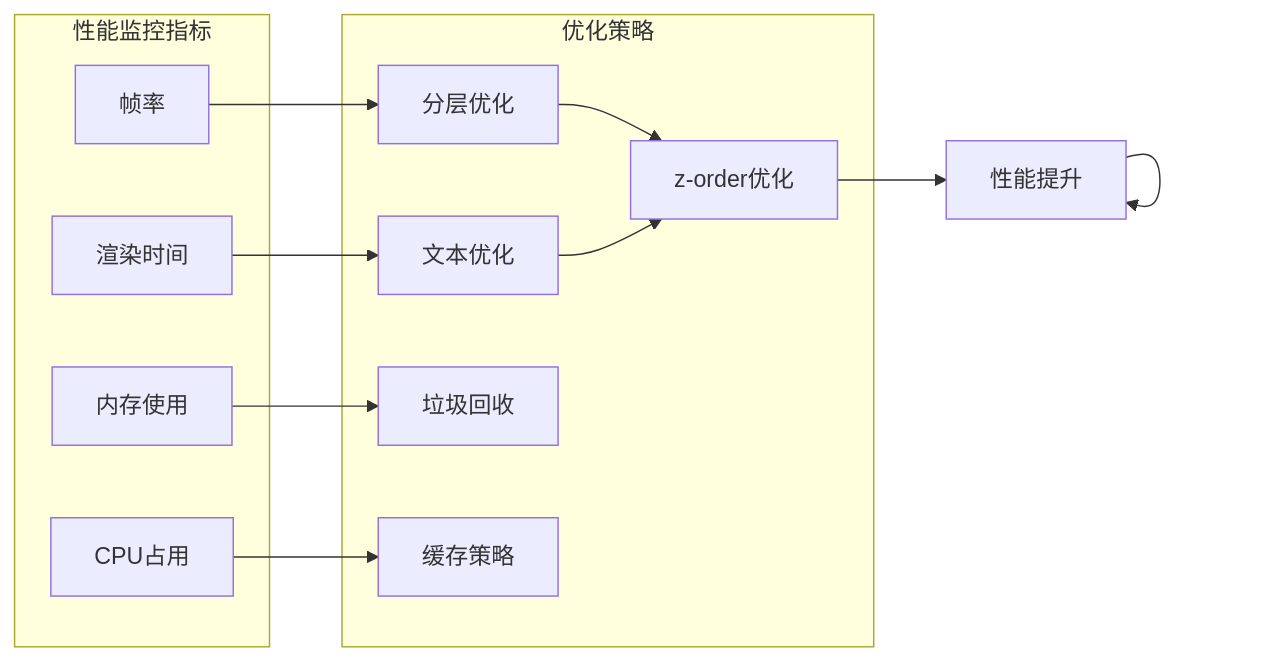
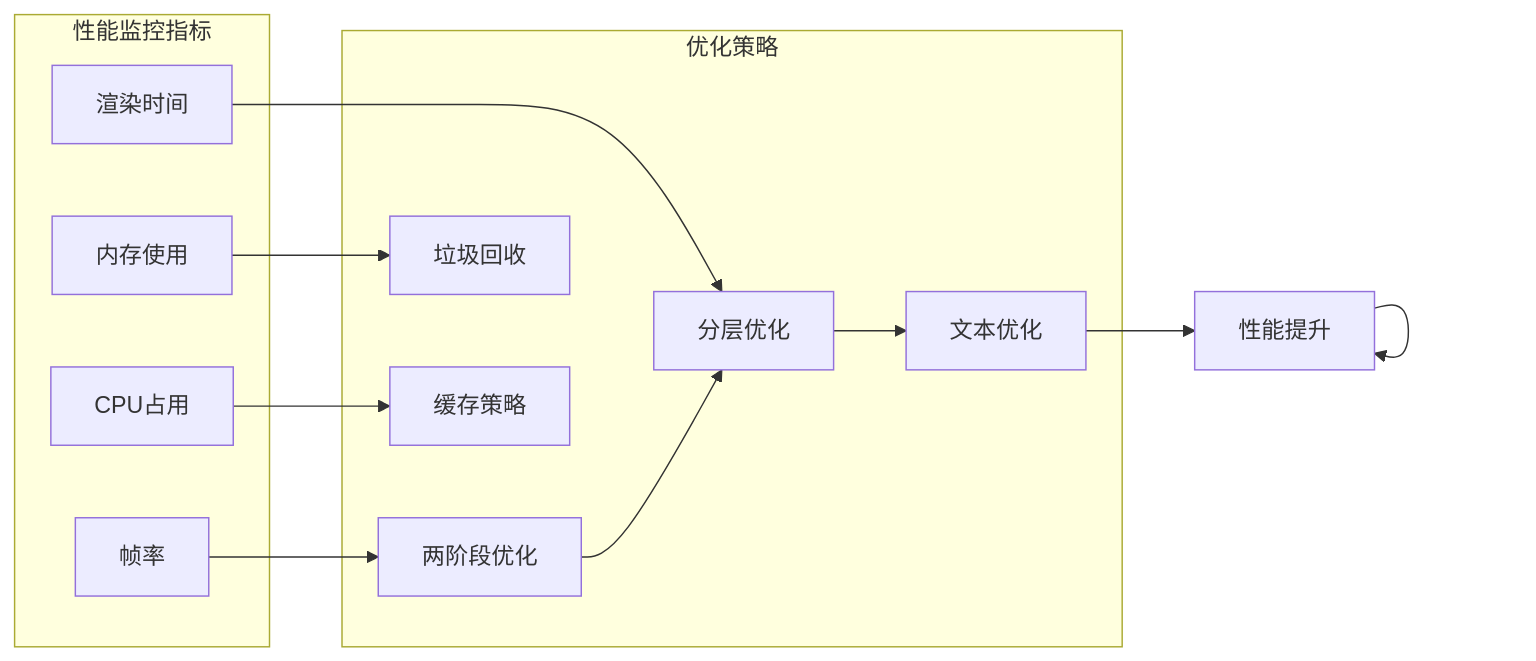
The tenth of 10 diagrams in .qoder/repowiki/zh/content/C++渲染层/BaseRenderer基础渲染器.md (xingye00186/PHP-Data-UI-Framework-powered-by-swooleAOT), drawn with Mermaid before and after one commit. The commit also changed other lines of this file and 37 other files, not shown here.

````diff
--- a/.qoder/repowiki/zh/content/C++渲染层/BaseRenderer基础渲染器.md
+++ b/.qoder/repowiki/zh/content/C++渲染层/BaseRenderer基础渲染器.md
@@ -427,24 +458,24 @@
 ```mermaid
 flowchart LR
 subgraph "性能监控指标"
 FPS[帧率]
 RenderTime[渲染时间]
 Memory[内存使用]
 CPU[CPU占用]
 end
 subgraph "优化策略"
+TwoPhase[两阶段优化]
 LayerOpt[分层优化]
 TextOpt[文本优化]
 GC[垃圾回收]
 Cache[缓存策略]
-ZOrderOpt[z-order优化]
 end
-FPS --> LayerOpt
-RenderTime --> TextOpt
+FPS --> TwoPhase
+RenderTime --> LayerOpt
 Memory --> GC
 CPU --> Cache
-LayerOpt --> ZOrderOpt
-TextOpt --> ZOrderOpt
-ZOrderOpt --> Optimize[性能提升]
+TwoPhase --> LayerOpt
+LayerOpt --> TextOpt
+TextOpt --> Optimize[性能提升]
 Optimize --> Optimize
 ```
````
